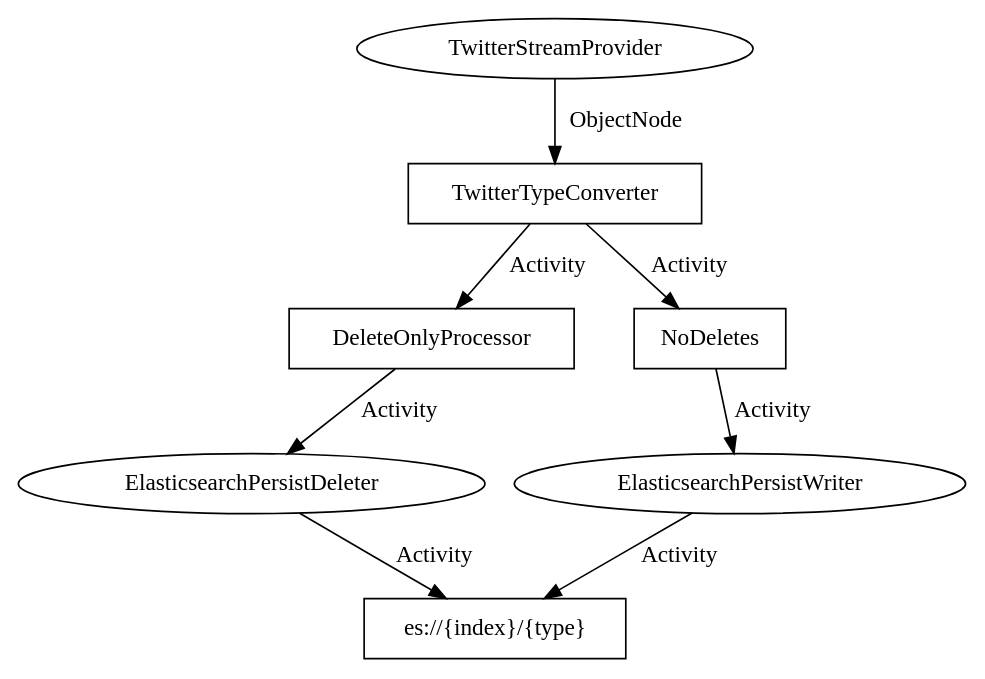
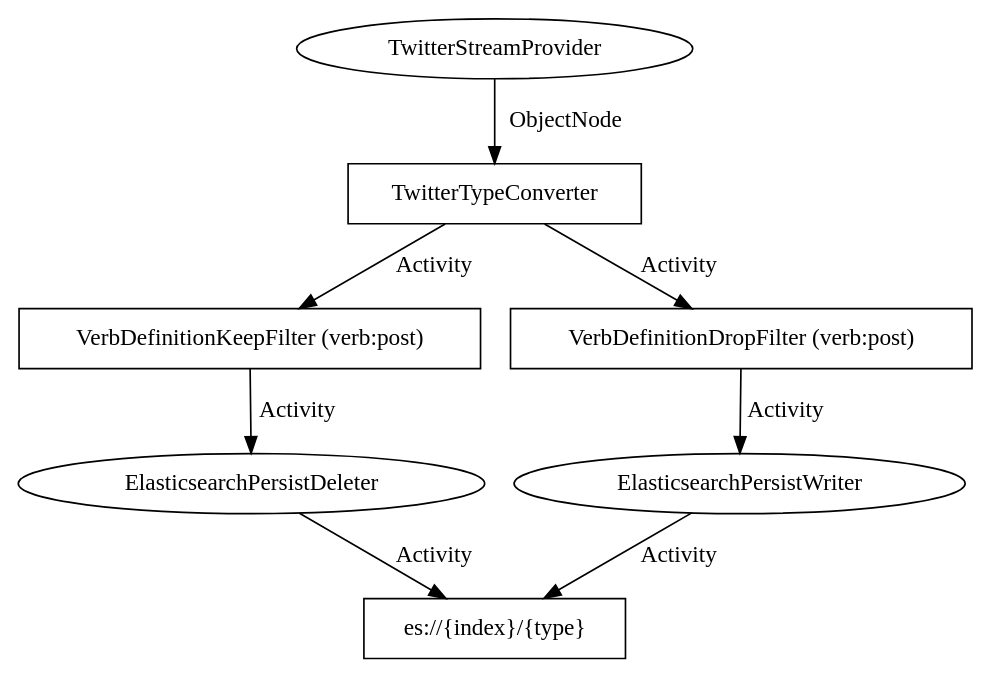
One commit to apache/streams-examples changed the diagram in local/twitter-userstream-elasticsearch/src/main/resources/TwitterUserstreamElasticsearch.dot. Above: the diagram before and after it, drawn with Graphviz. The commit also changed 2 other files, not shown here.

Commit message:
refactored to use streams-filters for routing Deletes to PersistDeleter

```diff
--- a/local/twitter-userstream-elasticsearch/src/main/resources/TwitterUserstreamElasticsearch.dot
+++ b/local/twitter-userstream-elasticsearch/src/main/resources/TwitterUserstreamElasticsearch.dot
@@ -1,26 +1,26 @@
 digraph g {
 
   //providers
   TwitterStreamProvider [label="TwitterStreamProvider",shape=ellipse,URL="https://github.com/apache/incubator-streams/blob/master/streams-contrib/streams-provider-twitter/src/main/java/org/apache/streams/twitter/provider/TwitterStreamProvider.java"];
 
   //processors
   TwitterTypeConverter [label="TwitterTypeConverter",shape=box,URL="https://github.com/apache/incubator-streams/blob/master/streams-contrib/streams-provider-twitter/src/main/java/org/apache/streams/twitter/processor/TwitterTypeConverter.java"];
-  DeleteOnlyProcessor  [label="DeleteOnlyProcessor ",shape=box,URL="https://github.com/apache/incubator-streams/blob/master/streams-contrib/streams-provider-twitter/src/main/java/org/apache/streams/twitter/processor/TwitterTypeConverter.java"];
-  NoDeletesProcessor  [label="NoDeletes",shape=box,URL="https://github.com/apache/incubator-streams/blob/master/streams-contrib/streams-provider-twitter/src/main/java/org/apache/streams/twitter/processor/TwitterTypeConverter.java"];
+  DeleteOnlyProcessor [label="VerbDefinitionKeepFilter (verb:post)",shape=box,URL="https://github.com/apache/incubator-streams/blob/master/streams-components/streams-filters/src/main/java/org/apache/streams/filters/VerbDefinitionKeepFilter.java"];
+  NoDeletesProcessor  [label="VerbDefinitionDropFilter (verb:post)",shape=box,URL="https://github.com/apache/incubator-streams/blob/master/streams-components/streams-filters/src/main/java/org/apache/streams/filters/VerbDefinitionDropFilter.java"];
    
   //persisters
   ElasticsearchPersistWriter [label="ElasticsearchPersistWriter",shape=ellipse,URL="https://github.com/apache/incubator-streams/blob/master/streams-contrib/streams-persist-elasticsearch/src/main/java/org/apache/streams/elasticsearch/ElasticsearchPersistWriter.java"];
   ElasticsearchPersistDeleter [label="ElasticsearchPersistDeleter",shape=ellipse,URL="https://github.com/apache/incubator-streams/blob/master/streams-contrib/streams-persist-elasticsearch/src/main/java/org/apache/streams/elasticsearch/ElasticsearchPersistWriter.java"];
 
    //data
   es [label="es://{index}/{type}",shape=box];
 
   //stream
   TwitterStreamProvider -> TwitterTypeConverter [label="ObjectNode"];
   TwitterTypeConverter -> DeleteOnlyProcessor [label="Activity",URL="https://github.com/apache/incubator-streams/blob/master/streams-pojo/src/main/jsonschema/org/apache/streams/pojo/json/activity.json"];
   TwitterTypeConverter -> NoDeletesProcessor [label="Activity",URL="https://github.com/apache/incubator-streams/blob/master/streams-pojo/src/main/jsonschema/org/apache/streams/pojo/json/activity.json"];
   DeleteOnlyProcessor -> ElasticsearchPersistDeleter [label="Activity",URL="https://github.com/apache/incubator-streams/blob/master/streams-pojo/src/main/jsonschema/org/apache/streams/pojo/json/activity.json"];
   NoDeletesProcessor -> ElasticsearchPersistWriter [label="Activity",URL="https://github.com/apache/incubator-streams/blob/master/streams-pojo/src/main/jsonschema/org/apache/streams/pojo/json/activity.json"];
   ElasticsearchPersistWriter -> es [label="Activity",URL="https://github.com/apache/incubator-streams/blob/master/streams-pojo/src/main/jsonschema/org/apache/streams/pojo/json/activity.json"];
   ElasticsearchPersistDeleter -> es [label="Activity",URL="https://github.com/apache/incubator-streams/blob/master/streams-pojo/src/main/jsonschema/org/apache/streams/pojo/json/activity.json"];
 }
```
